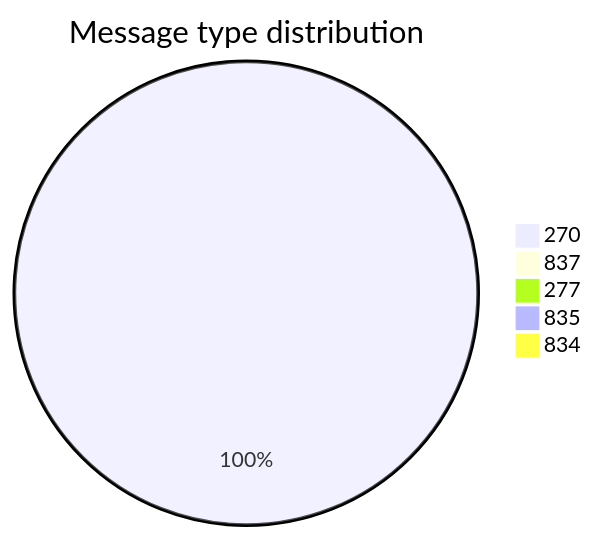
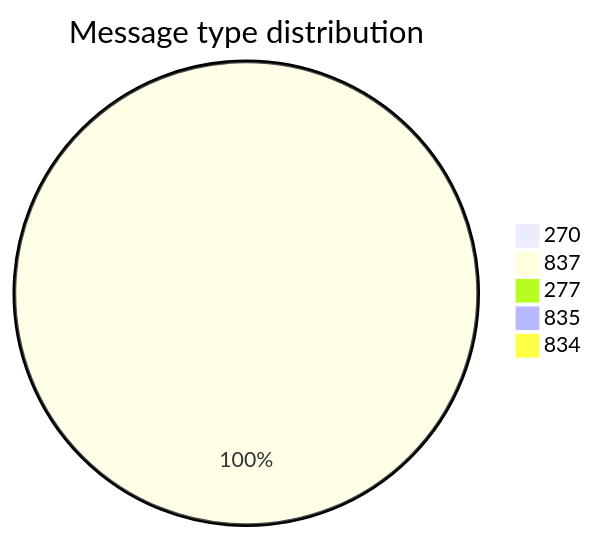
The second of 11 diagrams in test-tools/DataGen/src/Statistics_Visualizer.md (dhagan-va/intern-2025), drawn with Mermaid before and after one commit. The commit also changed other lines of this file and 3 other files, not shown here.

````diff
--- a/test-tools/DataGen/src/Statistics_Visualizer.md
+++ b/test-tools/DataGen/src/Statistics_Visualizer.md
@@ -28,8 +28,8 @@
 ```mermaid
 pie title Message type distribution
-    "270" : 5
-    "837" : 0
+    "270" : 0
+    "837" : 35
     "277" : 0
     "835" : 0
     "834" : 0
 ```
````
